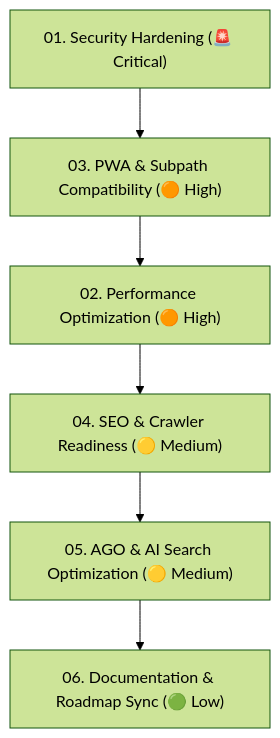
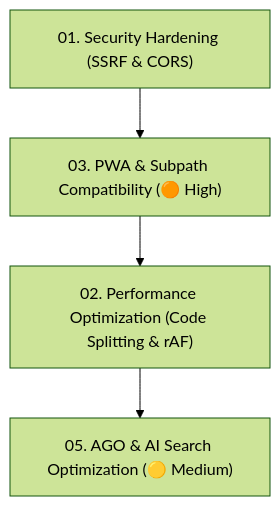
The diagram in audit/2026-09-02/README.md (godarayudhvir/retro-player), drawn with Mermaid (forest theme) before and after one commit. The commit also changed other lines of this file and 6 other files, not shown here.

````diff
--- a/audit/2026-09-02/README.md
+++ b/audit/2026-09-02/README.md
@@ -24,8 +22,6 @@
 ```mermaid
 graph TD
-    A["01. Security Hardening (🚨 Critical)"] --> B["03. PWA & Subpath Compatibility (🟠 High)"]
-    B --> C["02. Performance Optimization (🟠 High)"]
-    C --> D["04. SEO & Crawler Readiness (🟡 Medium)"]
-    D --> E["05. AGO & AI Search Optimization (🟡 Medium)"]
-    E --> F["06. Documentation & Roadmap Sync (🟢 Low)"]
+    A["01. Security Hardening (SSRF & CORS)"] --> B["03. PWA & Subpath Compatibility (🟠 High)"]
+    B --> C["02. Performance Optimization (Code Splitting & rAF)"]
+    C --> D["05. AGO & AI Search Optimization (🟡 Medium)"]
 ```
````
